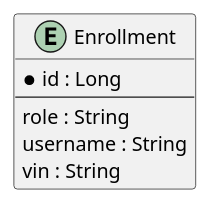
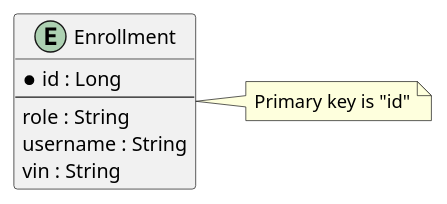
Before and after one commit to Dinesh-s95/AutoDoc.ai: the fourth of 4 diagrams in enrollment/documentation/detaileddesign.adoc, drawn with PlantUML. The commit also changed other lines of this file and 7 other files, not shown here.

```diff
--- a/enrollment/documentation/detaileddesign.adoc
+++ b/enrollment/documentation/detaileddesign.adoc
@@ -226,12 +235,14 @@
 [plantuml, er-diagram, png]
 ----
 @startuml
 entity "Enrollment" {
-    *id : Long
-    --
+    * id : Long
+    ---
     role : String
     username : String
     vin : String
 }
+
+note right of "Enrollment" : Primary key is "id"
 @enduml
 ----
```
